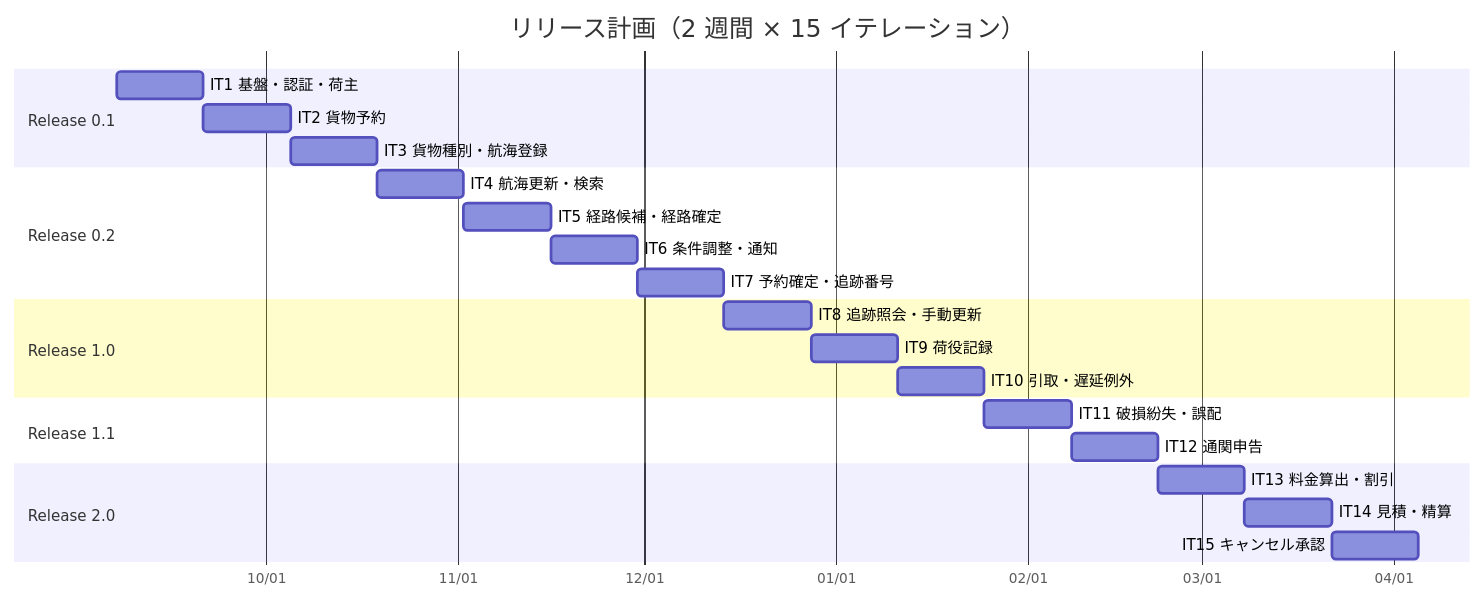
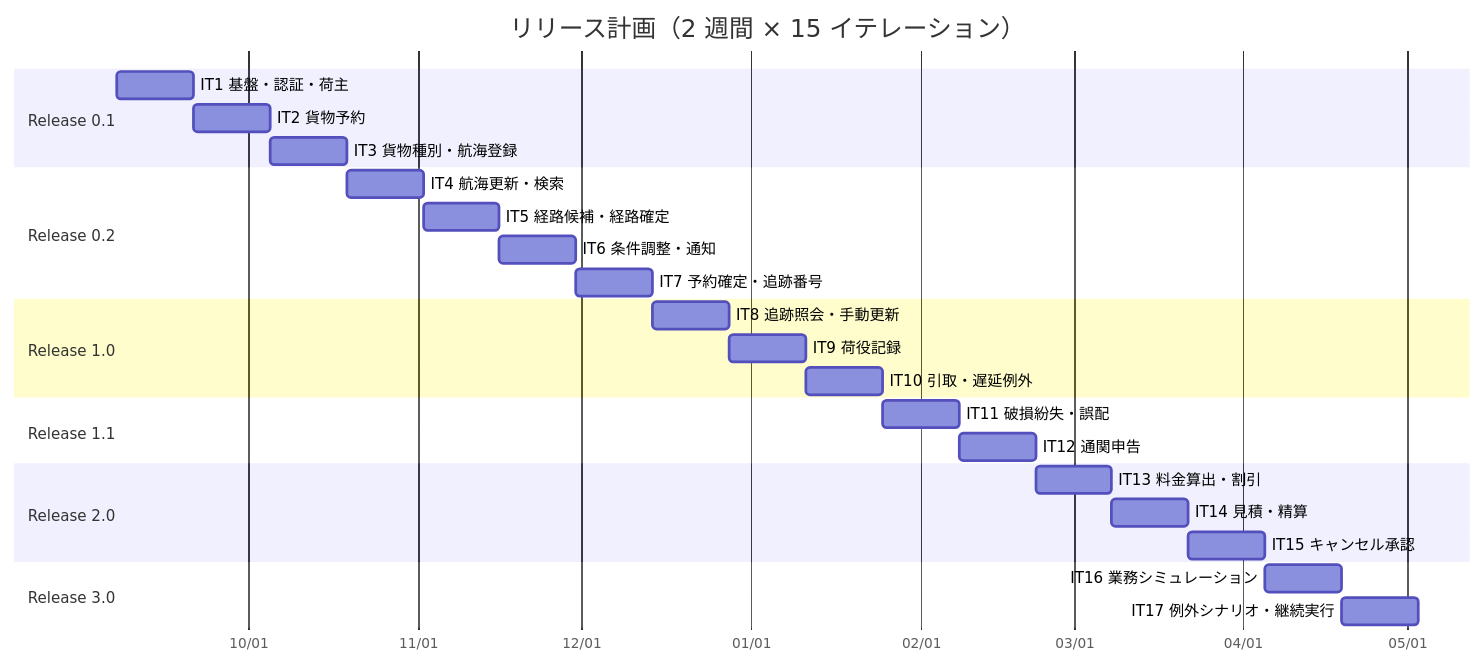
One commit to k2works/case-study-cargo-tracker changed the diagram in docs/development/cargo-tracker/release_plan.md. Above: the diagram before and after it, drawn with Mermaid. The commit also changed other lines of this file and 5 other files, not shown here.

First line of the commit message:
docs(plan): Release 3.0 と IT16（業務シミュレーション）の計画を立てる

````diff
--- a/docs/development/cargo-tracker/release_plan.md
+++ b/docs/development/cargo-tracker/release_plan.md
@@ -149,26 +154,29 @@
 ```mermaid
 gantt
     title リリース計画（2 週間 × 15 イテレーション）
     dateFormat YYYY-MM-DD
     axisFormat %m/%d
     section Release 0.1
     IT1 基盤・認証・荷主      :it1, 2026-09-07, 14d
     IT2 貨物予約             :it2, after it1, 14d
     IT3 貨物種別・航海登録    :it3, after it2, 14d
     section Release 0.2
     IT4 航海更新・検索        :it4, after it3, 14d
     IT5 経路候補・経路確定    :it5, after it4, 14d
     IT6 条件調整・通知        :it6, after it5, 14d
     IT7 予約確定・追跡番号    :it7, after it6, 14d
     section Release 1.0
     IT8 追跡照会・手動更新    :it8, after it7, 14d
     IT9 荷役記録             :it9, after it8, 14d
     IT10 引取・遅延例外       :it10, after it9, 14d
     section Release 1.1
     IT11 破損紛失・誤配       :it11, after it10, 14d
     IT12 通関申告            :it12, after it11, 14d
     section Release 2.0
     IT13 料金算出・割引       :it13, after it12, 14d
     IT14 見積・精算          :it14, after it13, 14d
     IT15 キャンセル承認       :it15, after it14, 14d
+    section Release 3.0
+    IT16 業務シミュレーション  :it16, after it15, 14d
+    IT17 例外シナリオ・継続実行 :it17, after it16, 14d
 ```
````
